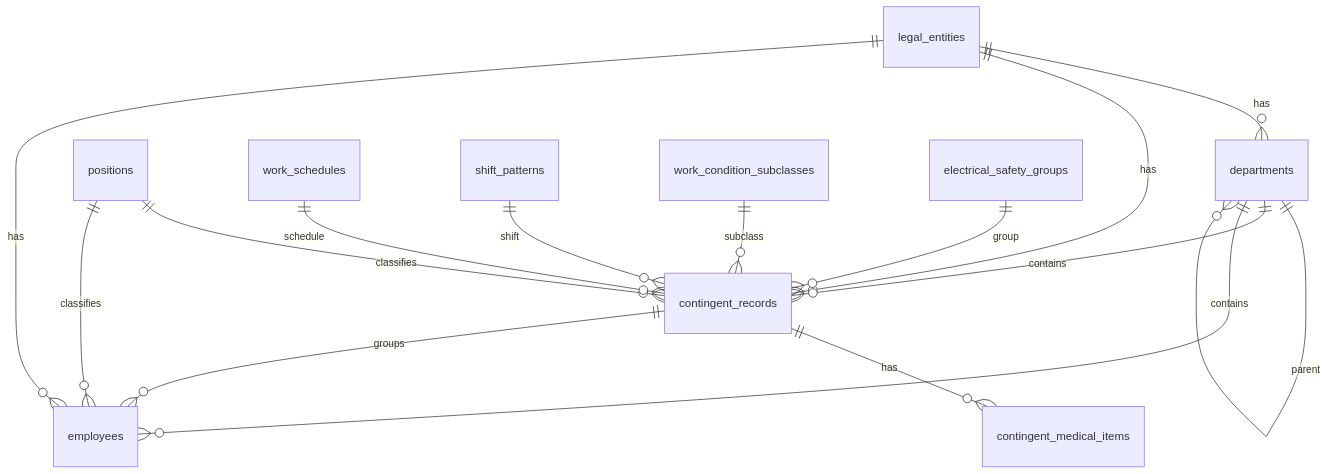
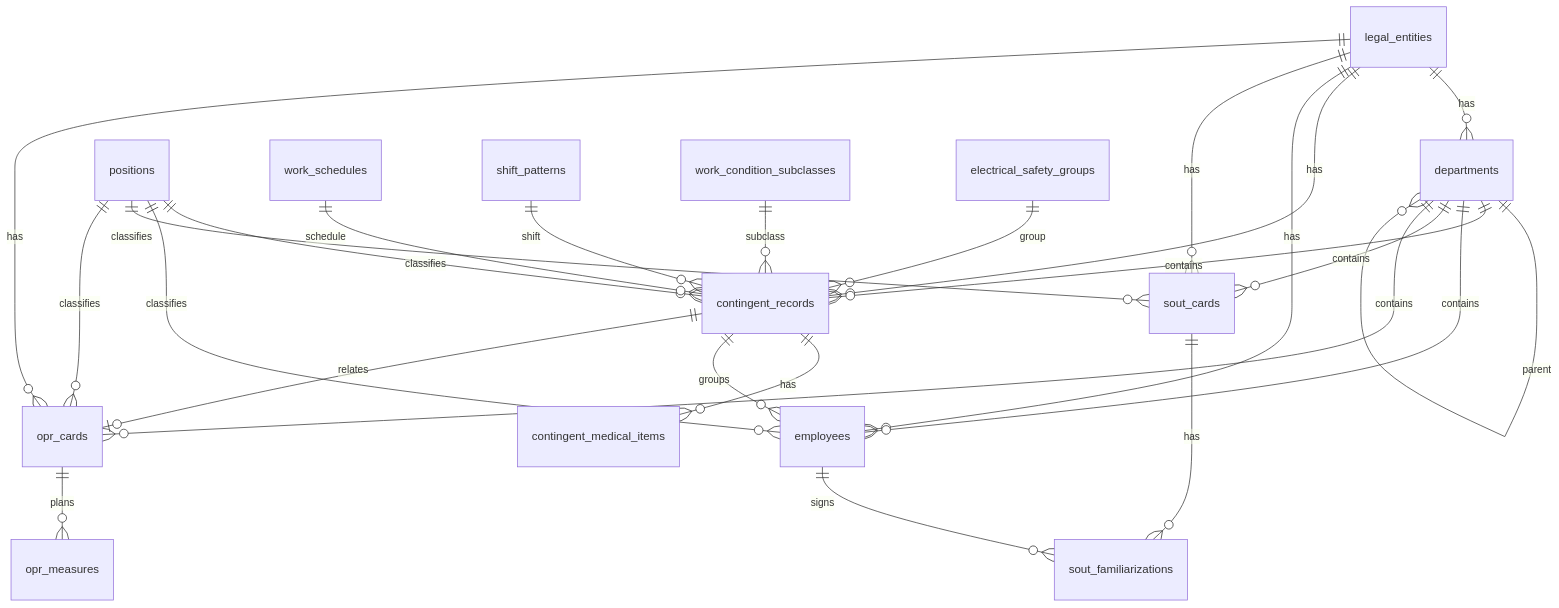
The diagram in DATA_MODEL.md (alexeybratilov-hub/Project02), drawn with Mermaid before and after one commit. The commit also changed other lines of this file and 2856 other files, not shown here.

````diff
--- a/DATA_MODEL.md
+++ b/DATA_MODEL.md
@@ -190,17 +242,27 @@
 ```mermaid
 erDiagram
     legal_entities ||--o{ departments : has
     legal_entities ||--o{ contingent_records : has
     legal_entities ||--o{ employees : has
     departments ||--o{ departments : parent
     departments ||--o{ contingent_records : contains
     departments ||--o{ employees : contains
     positions ||--o{ contingent_records : classifies
     positions ||--o{ employees : classifies
     contingent_records ||--o{ contingent_medical_items : has
     contingent_records ||--o{ employees : groups
     work_schedules ||--o{ contingent_records : schedule
     shift_patterns ||--o{ contingent_records : shift
     work_condition_subclasses ||--o{ contingent_records : subclass
     electrical_safety_groups ||--o{ contingent_records : group
+    legal_entities ||--o{ sout_cards : has
+    departments ||--o{ sout_cards : contains
+    positions ||--o{ sout_cards : classifies
+    sout_cards ||--o{ sout_familiarizations : has
+    employees ||--o{ sout_familiarizations : signs
+    legal_entities ||--o{ opr_cards : has
+    departments ||--o{ opr_cards : contains
+    positions ||--o{ opr_cards : classifies
+    contingent_records ||--o| opr_cards : relates
+    opr_cards ||--o{ opr_measures : plans
 ```
````
